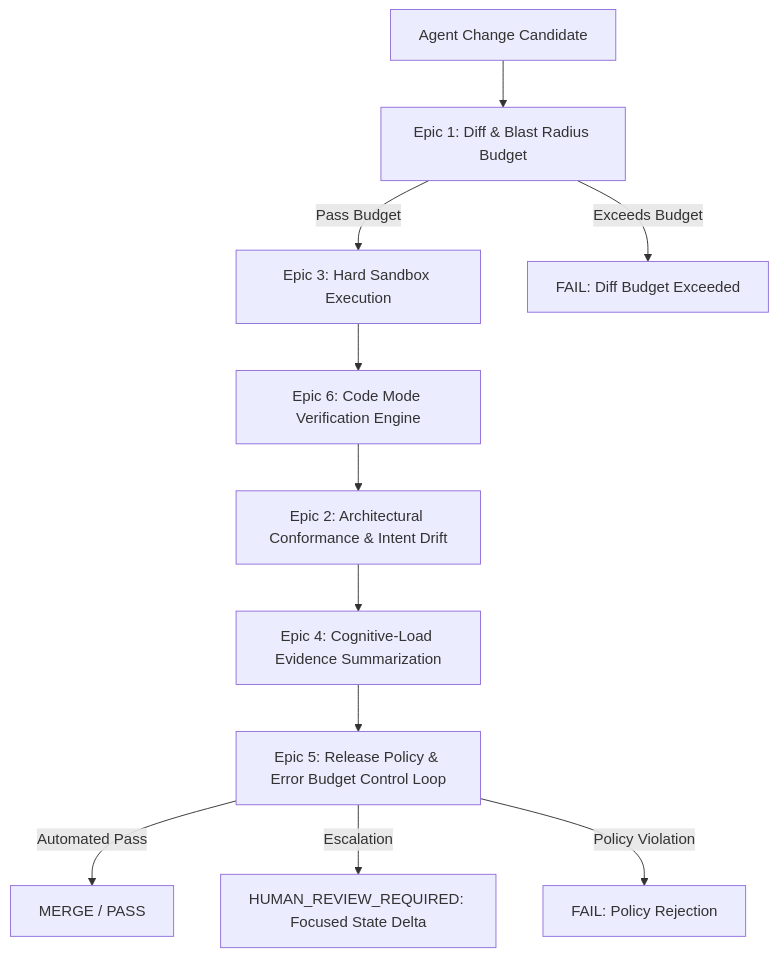
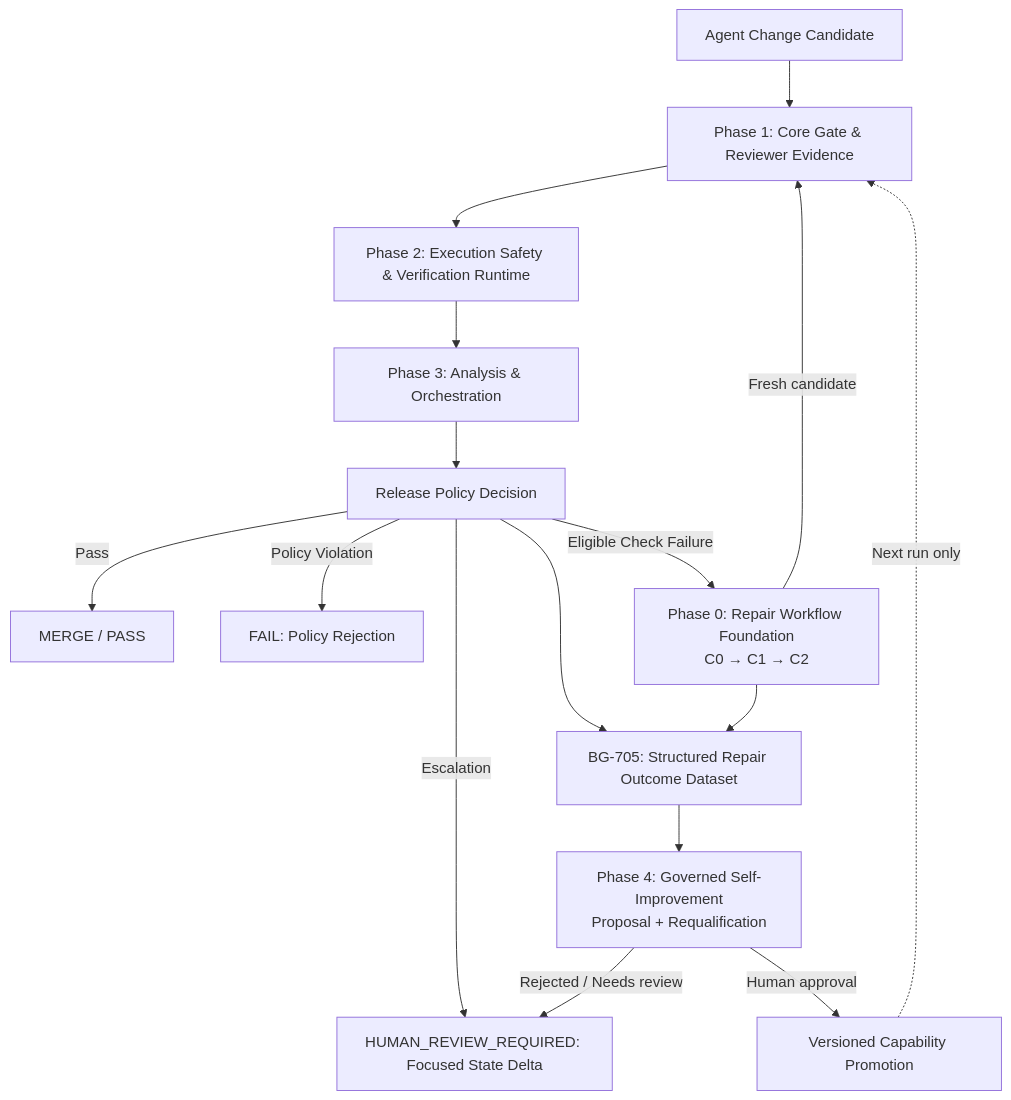
Before and after one commit to jerryshao2012/blindspot-remediation: the diagram in release-gate/docs/backlog.md, drawn with Mermaid. The commit also changed other lines of this file, not shown here.

Commit message:
docs(backlog): update release gate roadmap and backlog diagram
- Replace diff/blast radius budget with core gate & reviewer evidence
- Rename execution phases to match product language
- Add new phases and components to the diagram
- Update implementation roadmap with new phases and BGs
- Refactor some BG numbers and titles for clarity

````diff
--- a/release-gate/docs/backlog.md
+++ b/release-gate/docs/backlog.md
@@ -17,13 +17,18 @@
 ```mermaid
 flowchart TD
-    A[Agent Change Candidate] --> B[Epic 1: Diff & Blast Radius Budget]
-    B -->|Pass Budget| C[Epic 3: Hard Sandbox Execution]
-    B -->|Exceeds Budget| R1[FAIL: Diff Budget Exceeded]
-    C --> D[Epic 6: Code Mode Verification Engine]
-    D --> E[Epic 2: Architectural Conformance & Intent Drift]
-    E --> F[Epic 4: Cognitive-Load Evidence Summarization]
-    F --> G[Epic 5: Release Policy & Error Budget Control Loop]
-    G -->|Automated Pass| H[MERGE / PASS]
-    G -->|Escalation| I[HUMAN_REVIEW_REQUIRED: Focused State Delta]
-    G -->|Policy Violation| J[FAIL: Policy Rejection]
+    A[Agent Change Candidate] --> B[Phase 1: Core Gate & Reviewer Evidence]
+    B --> C[Phase 2: Execution Safety & Verification Runtime]
+    C --> D[Phase 3: Analysis & Orchestration]
+    D --> E[Release Policy Decision]
+    E -->|Pass| H[MERGE / PASS]
+    E -->|Escalation| I[HUMAN_REVIEW_REQUIRED: Focused State Delta]
+    E -->|Policy Violation| J[FAIL: Policy Rejection]
+    E -->|Eligible Check Failure| R[Phase 0: Repair Workflow Foundation<br/>C0 → C1 → C2]
+    R -->|Fresh candidate| B
+    E --> K[BG-705: Structured Repair Outcome Dataset]
+    R --> K
+    K --> L[Phase 4: Governed Self-Improvement<br/>Proposal + Requalification]
+    L -->|Human approval| M[Versioned Capability Promotion]
+    L -->|Rejected / Needs review| I
+    M -.->|Next run only| B
 ```
````
